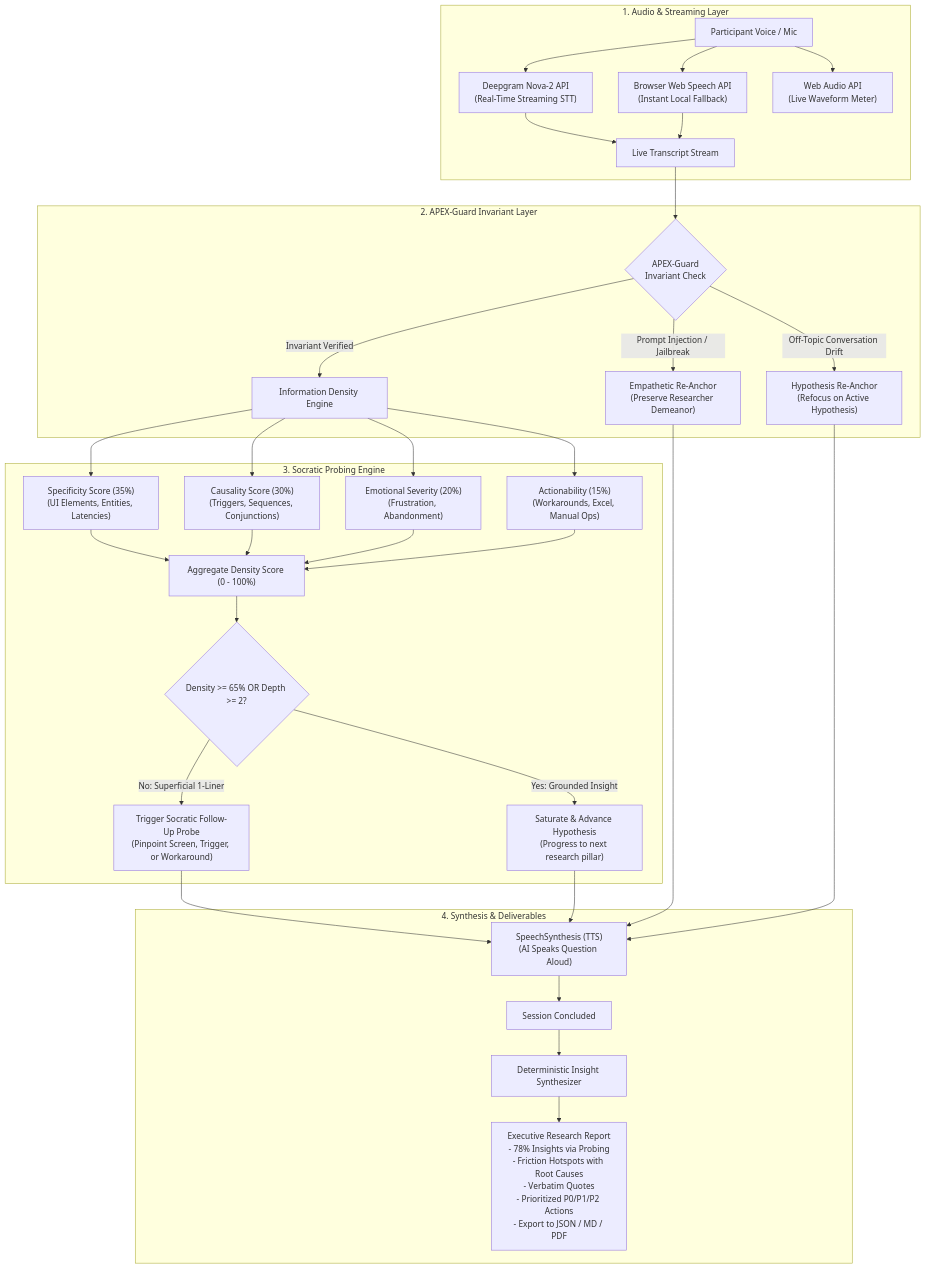
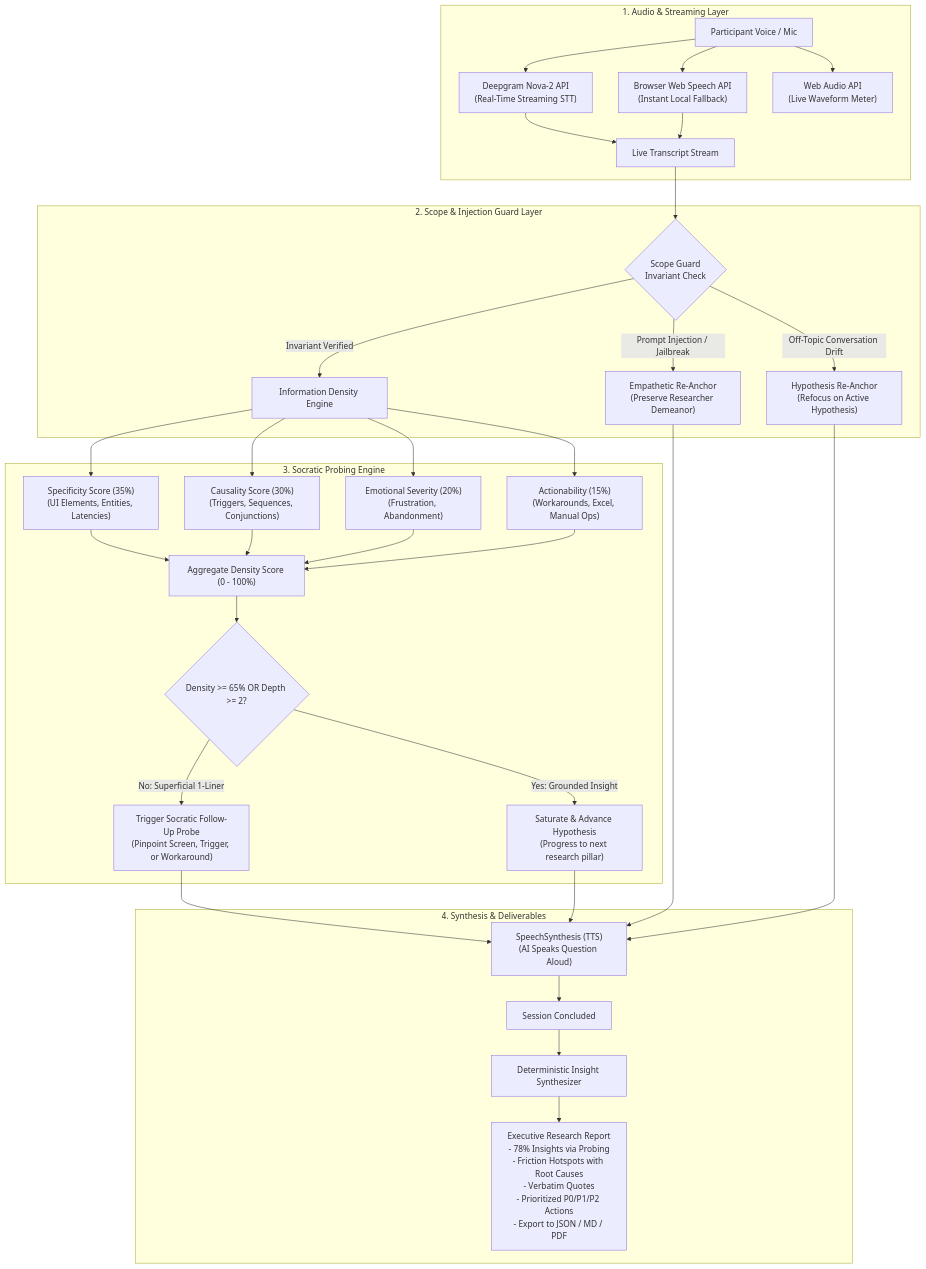
One commit to imshubham22apr-gif/conveo-depthprobe changed the diagram in README.md. Above: the diagram before and after it, drawn with Mermaid. The commit also changed other lines of this file and 8 other files, not shown here.

Commit message:
refactor: replace external APEX branding with clean Research Scope Guard terminology

````diff
--- a/README.md
+++ b/README.md
@@ -38,41 +38,41 @@
 ```mermaid
 flowchart TD
     subgraph AudioIngestion ["1. Audio & Streaming Layer"]
         UserVoice["Participant Voice / Mic"] --> Deepgram["Deepgram Nova-2 API\n(Real-Time Streaming STT)"]
         UserVoice --> WebSpeech["Browser Web Speech API\n(Instant Local Fallback)"]
         UserVoice --> Waveform["Web Audio API\n(Live Waveform Meter)"]
         Deepgram --> Transcript["Live Transcript Stream"]
         WebSpeech --> Transcript
     end
 
-    subgraph SecurityLayer ["2. APEX-Guard Invariant Layer"]
-        Transcript --> Guard{"APEX-Guard\nInvariant Check"}
+    subgraph SecurityLayer ["2. Scope & Injection Guard Layer"]
+        Transcript --> Guard{"Scope Guard\nInvariant Check"}
         Guard -->|Prompt Injection / Jailbreak| GuardReAnchor["Empathetic Re-Anchor\n(Preserve Researcher Demeanor)"]
         Guard -->|Off-Topic Conversation Drift| DriftReAnchor["Hypothesis Re-Anchor\n(Refocus on Active Hypothesis)"]
         Guard -->|Invariant Verified| DensityEngine["Information Density Engine"]
     end
 
     subgraph ProbingCore ["3. Socratic Probing Engine"]
         DensityEngine --> Specificity["Specificity Score (35%)\n(UI Elements, Entities, Latencies)"]
         DensityEngine --> Causality["Causality Score (30%)\n(Triggers, Sequences, Conjunctions)"]
         DensityEngine --> Emotion["Emotional Severity (20%)\n(Frustration, Abandonment)"]
         DensityEngine --> Actionability["Actionability (15%)\n(Workarounds, Excel, Manual Ops)"]
         
         Specificity & Causality & Emotion & Actionability --> AggregateScore["Aggregate Density Score (0 - 100%)"]
         
         AggregateScore --> Condition{"Density >= 65% OR Depth >= 2?"}
         Condition -->|No: Superficial 1-Liner| SocraticProbe["Trigger Socratic Follow-Up Probe\n(Pinpoint Screen, Trigger, or Workaround)"]
         Condition -->|Yes: Grounded Insight| HypothesisAdvance["Saturate & Advance Hypothesis\n(Progress to next research pillar)"]
     end
 
     subgraph DeliverySynthesis ["4. Synthesis & Deliverables"]
         SocraticProbe --> VoiceOut["SpeechSynthesis (TTS)\n(AI Speaks Question Aloud)"]
         HypothesisAdvance --> VoiceOut
         GuardReAnchor --> VoiceOut
         DriftReAnchor --> VoiceOut
         
         VoiceOut --> EndSession["Session Concluded"]
         EndSession --> Synthesizer["Deterministic Insight Synthesizer"]
         Synthesizer --> ExecDashboard["Executive Research Report\n- 78% Insights via Probing\n- Friction Hotspots with Root Causes\n- Verbatim Quotes\n- Prioritized P0/P1/P2 Actions\n- Export to JSON / MD / PDF"]
     end
 ```
````
